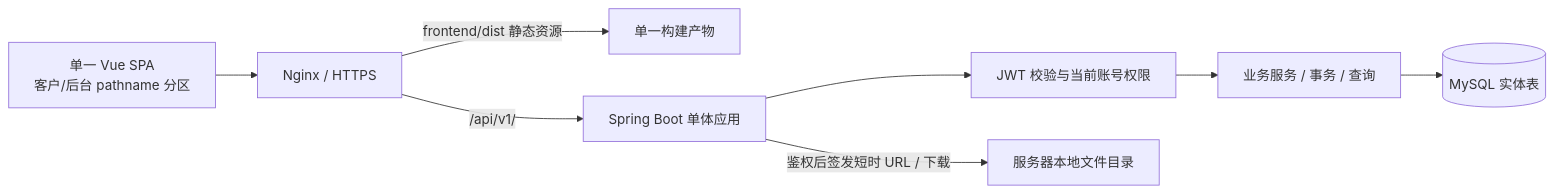
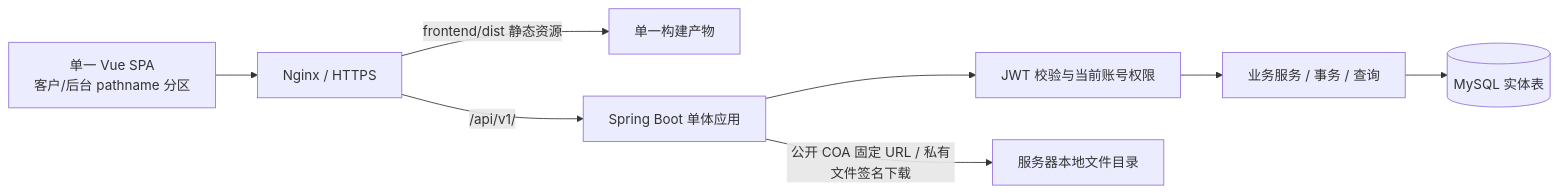
The first of 3 diagrams in doc/tech_design.md (gointofk/saas), drawn with Mermaid before and after one commit. The commit also changed other lines of this file and 50 other files, not shown here.

````diff
--- a/doc/tech_design.md
+++ b/doc/tech_design.md
@@ -65,10 +65,10 @@
 ```mermaid
 flowchart LR
     C[单一 Vue SPA\n客户/后台 pathname 分区] --> N[Nginx / HTTPS]
     N -->|frontend/dist 静态资源| W[单一构建产物]
     N -->|/api/v1/| B[Spring Boot 单体应用]
     B --> S[JWT 校验与当前账号权限]
     S --> D[业务服务 / 事务 / 查询]
     D --> M[(MySQL 实体表)]
-    B -->|鉴权后签发短时 URL / 下载| F[服务器本地文件目录]
+    B -->|公开 COA 固定 URL / 私有文件签名下载| F[服务器本地文件目录]
 ```
````
